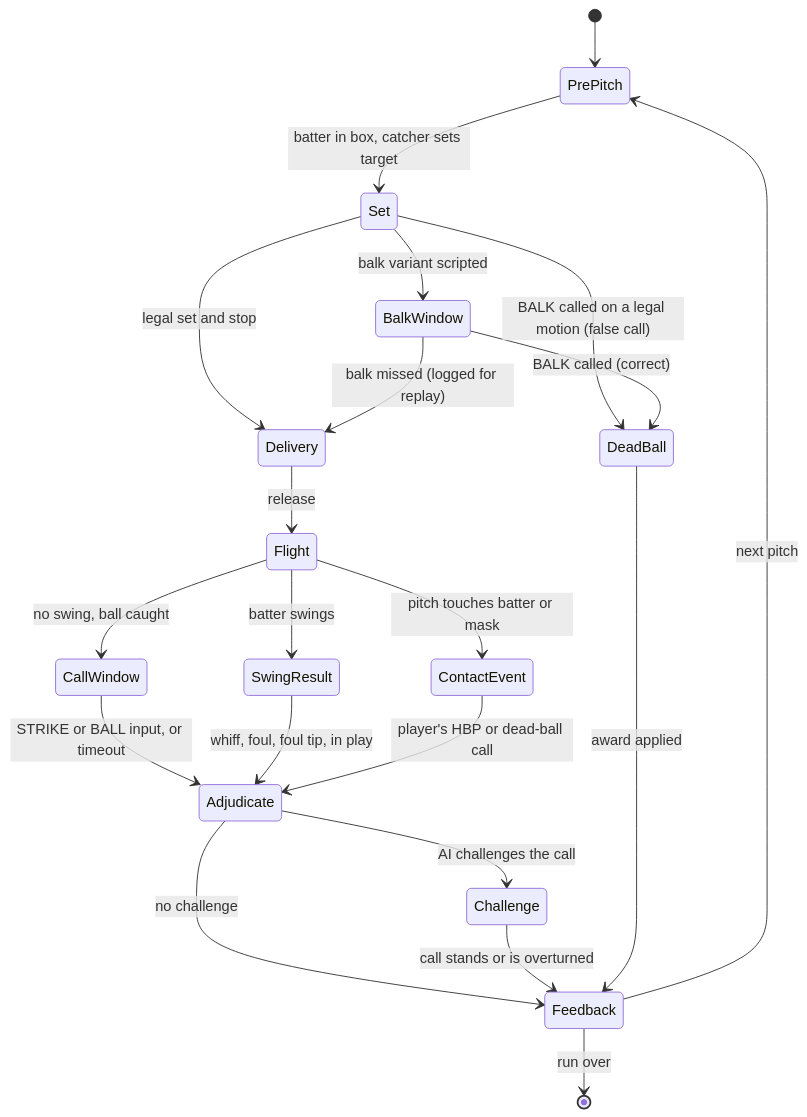
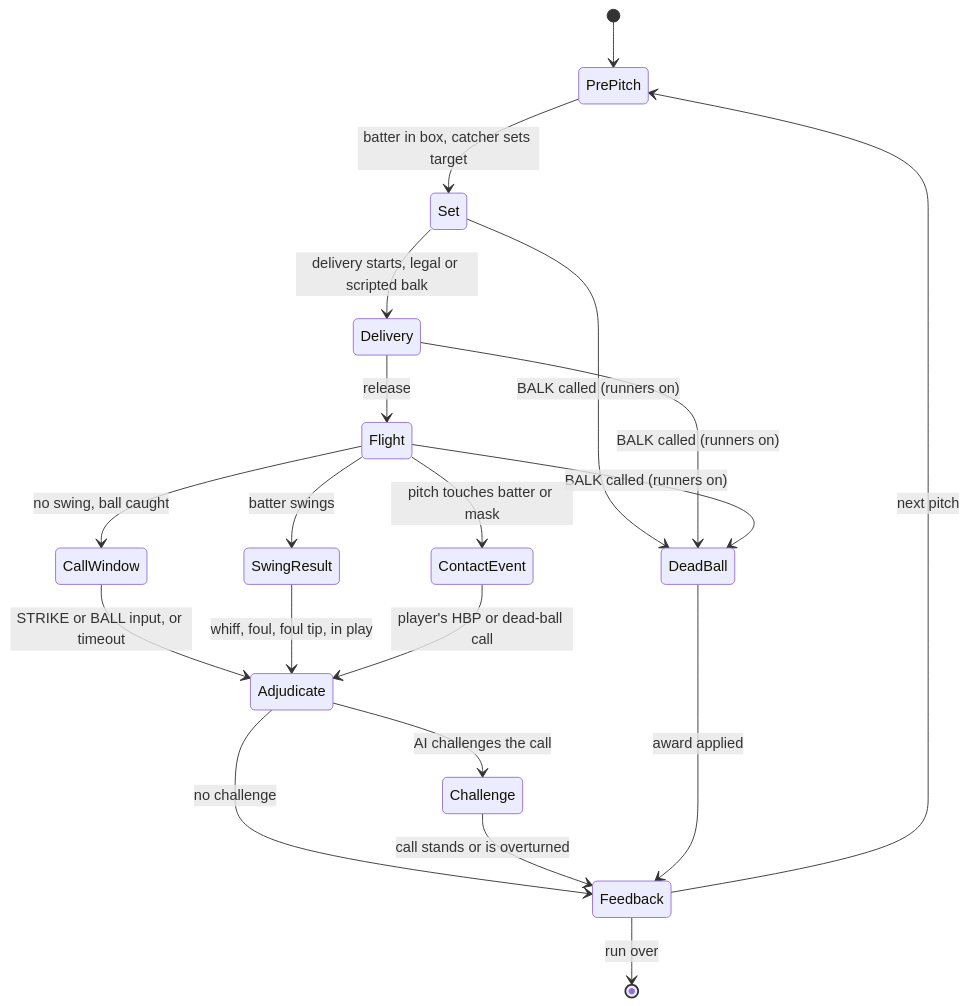
One commit to EvanMyDude/ump changed the second of 3 diagrams in docs/plans/2026-10-05-0759-feat-first-person-umpire-arcade-prototype-plan.md. Above: the diagram before and after it, drawn with Mermaid. The commit also changed other lines of this file, not shown here.

````diff
--- a/docs/plans/2026-10-05-0759-feat-first-person-umpire-arcade-prototype-plan.md
+++ b/docs/plans/2026-10-05-0759-feat-first-person-umpire-arcade-prototype-plan.md
@@ -255,23 +255,22 @@
 ```mermaid
 stateDiagram-v2
   [*] --> PrePitch
   PrePitch --> Set: batter in box, catcher sets target
-  Set --> Delivery: legal set and stop
-  Set --> BalkWindow: balk variant scripted
-  Set --> DeadBall: BALK called on a legal motion (false call)
-  BalkWindow --> DeadBall: BALK called (correct)
-  BalkWindow --> Delivery: balk missed (logged for replay)
+  Set --> Delivery: delivery starts, legal or scripted balk
+  Set --> DeadBall: BALK called (runners on)
+  Delivery --> DeadBall: BALK called (runners on)
   Delivery --> Flight: release
+  Flight --> DeadBall: BALK called (runners on)
   Flight --> CallWindow: no swing, ball caught
   Flight --> SwingResult: batter swings
   Flight --> ContactEvent: pitch touches batter or mask
   CallWindow --> Adjudicate: STRIKE or BALL input, or timeout
   SwingResult --> Adjudicate: whiff, foul, foul tip, in play
   ContactEvent --> Adjudicate: player's HBP or dead-ball call
   Adjudicate --> Challenge: AI challenges the call
   Adjudicate --> Feedback: no challenge
   Challenge --> Feedback: call stands or is overturned
   DeadBall --> Feedback: award applied
   Feedback --> PrePitch: next pitch
   Feedback --> [*]: run over
 ```
````
